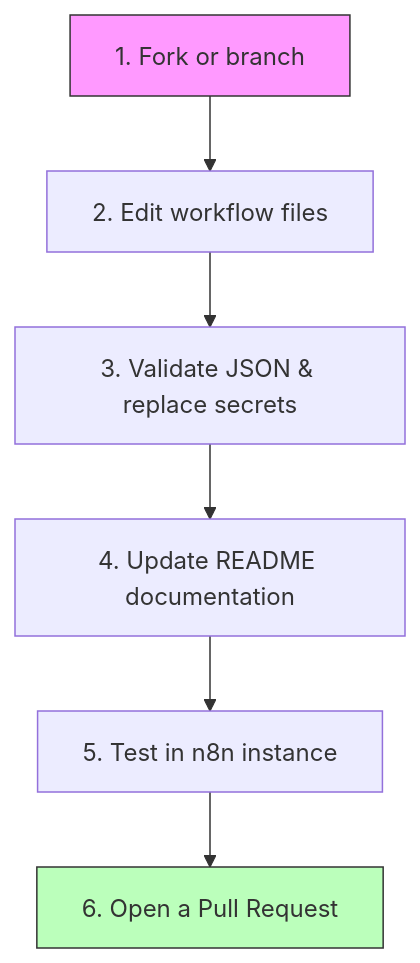
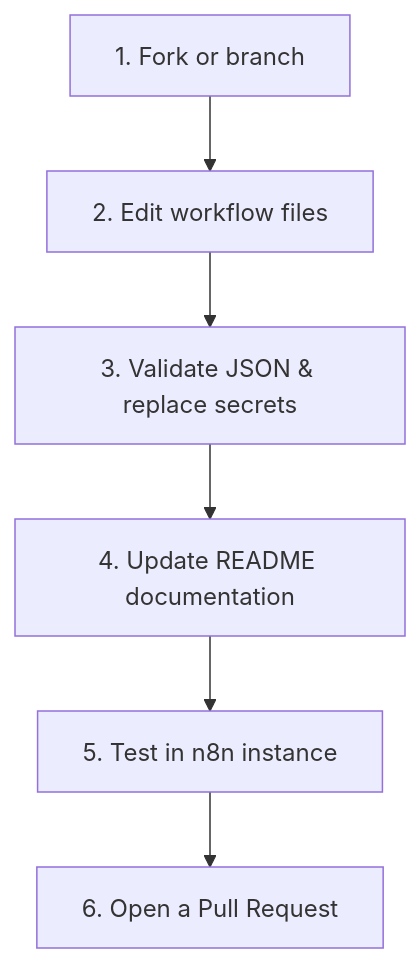
The diagram in docs/CONTRIBUTING.md (beydah/N8N-AI-Agent), drawn with Mermaid before and after one commit. The commit also changed other lines of this file and 15 other files, not shown here.

````diff
--- a/docs/CONTRIBUTING.md
+++ b/docs/CONTRIBUTING.md
@@ -19,11 +17,8 @@
 ```mermaid
 graph TD
     Start["1. Fork or branch"] --> Update["2. Edit workflow files"]
     Update --> Validate["3. Validate JSON & replace secrets"]
     Validate --> Docs["4. Update README documentation"]
     Docs --> Test["5. Test in n8n instance"]
     Test --> PR["6. Open a Pull Request"]
-
-    style Start fill:#f9f,stroke:#333
-    style PR fill:#bfb,stroke:#333
 ```
````
